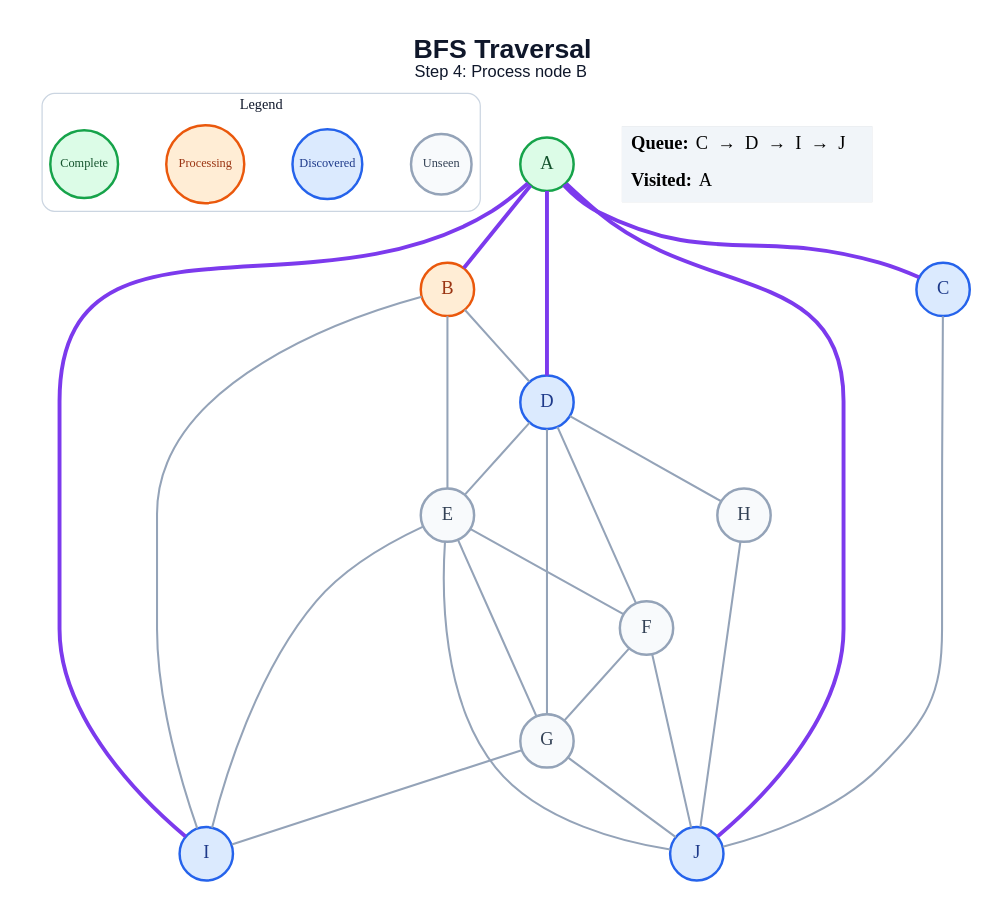
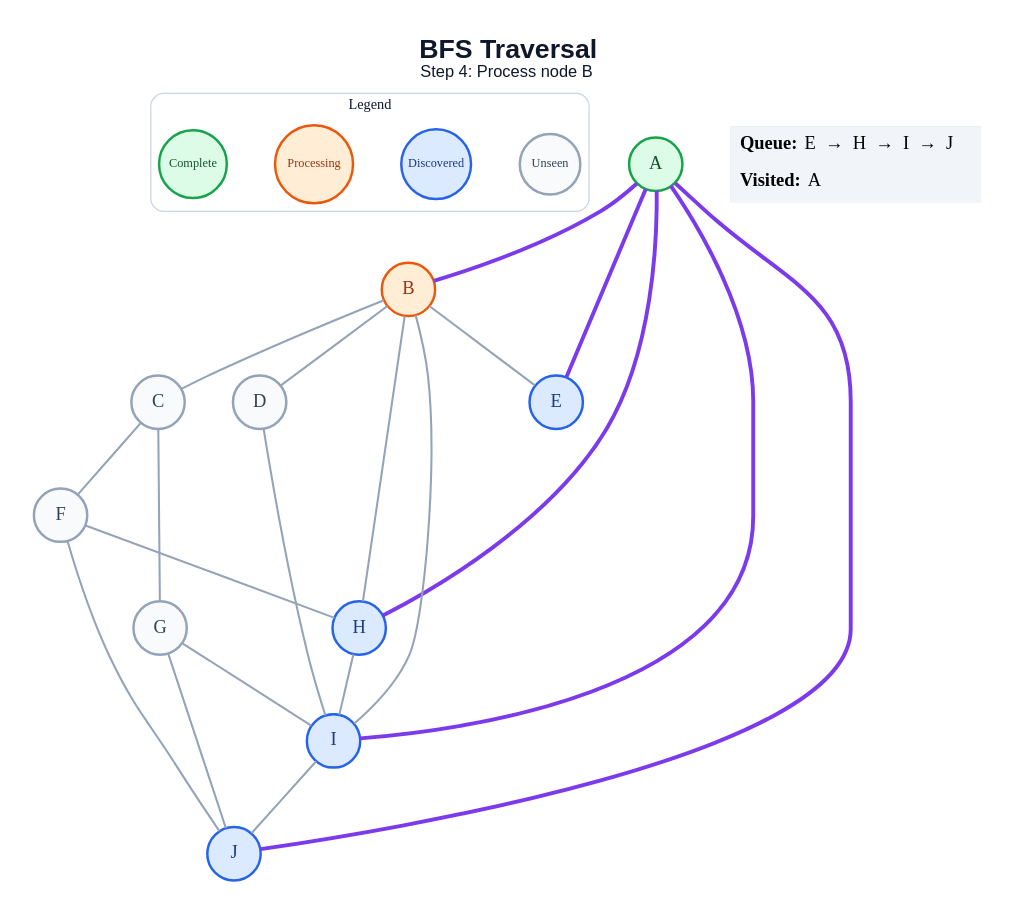
Before and after one commit to amanghodawala9/ai-slop: the diagram in generated/bfs/step_04.dot, drawn with Graphviz. The commit also changed 178 other files, not shown here.

```diff
--- a/generated/bfs/step_04.dot
+++ b/generated/bfs/step_04.dot
@@ -1,51 +1,48 @@
 graph traversal {
   graph [layout=dot, rankdir=TB, bgcolor="#FFFFFF", pad="0.35", nodesep="0.65", ranksep="0.8", fontname="Arial"];
   node [shape=circle, style="filled", fontname="Arial Bold", fontsize=18, width=0.72, fixedsize=true, penwidth=2.4];
   edge [color="#94A3B8", penwidth=2.0];
   label=<<B>BFS Traversal</B><BR/><FONT POINT-SIZE="16">Step 4: Process node B</FONT>>; labelloc="t"; fontsize=26; fontname="Arial"; fontcolor="#0F172A";
   subgraph cluster_legend { label="Legend"; color="#CBD5E1"; penwidth=1.2; style="rounded"; fontsize=14; fontname="Arial Bold";
     key_unseen [label="Unseen", fillcolor="#F8FAFC", color="#94A3B8", fontcolor="#334155", fontsize=12, width=0.82];
     key_frontier [label="Discovered", fillcolor="#DBEAFE", color="#2563EB", fontcolor="#1E3A8A", fontsize=12, width=0.95];
     key_current [label="Processing", fillcolor="#FFEDD5", color="#EA580C", fontcolor="#9A3412", fontsize=12, width=1.05];
     key_done [label="Complete", fillcolor="#DCFCE7", color="#16A34A", fontcolor="#14532D", fontsize=12, width=0.92];
     { rank=same; key_unseen; key_frontier; key_current; key_done; }
   }
   A [fillcolor="#DCFCE7", color="#16A34A", fontcolor="#14532D"];
   B [fillcolor="#FFEDD5", color="#EA580C", fontcolor="#9A3412"];
-  C [fillcolor="#DBEAFE", color="#2563EB", fontcolor="#1E3A8A"];
-  D [fillcolor="#DBEAFE", color="#2563EB", fontcolor="#1E3A8A"];
-  E [fillcolor="#F8FAFC", color="#94A3B8", fontcolor="#334155"];
+  C [fillcolor="#F8FAFC", color="#94A3B8", fontcolor="#334155"];
+  D [fillcolor="#F8FAFC", color="#94A3B8", fontcolor="#334155"];
+  E [fillcolor="#DBEAFE", color="#2563EB", fontcolor="#1E3A8A"];
   F [fillcolor="#F8FAFC", color="#94A3B8", fontcolor="#334155"];
   G [fillcolor="#F8FAFC", color="#94A3B8", fontcolor="#334155"];
-  H [fillcolor="#F8FAFC", color="#94A3B8", fontcolor="#334155"];
+  H [fillcolor="#DBEAFE", color="#2563EB", fontcolor="#1E3A8A"];
   I [fillcolor="#DBEAFE", color="#2563EB", fontcolor="#1E3A8A"];
   J [fillcolor="#DBEAFE", color="#2563EB", fontcolor="#1E3A8A"];
   A -- B [color="#7C3AED", penwidth=3.8];
-  A -- C [color="#7C3AED", penwidth=3.8];
-  A -- D [color="#7C3AED", penwidth=3.8];
+  A -- E [color="#7C3AED", penwidth=3.8];
+  A -- H [color="#7C3AED", penwidth=3.8];
   A -- I [color="#7C3AED", penwidth=3.8];
   A -- J [color="#7C3AED", penwidth=3.8];
+  B -- C;
   B -- D;
   B -- E;
+  B -- H;
   B -- I;
-  C -- J;
-  D -- E;
-  D -- F;
-  D -- G;
-  D -- H;
-  E -- F;
-  E -- G;
-  E -- I;
-  E -- J;
-  F -- G;
+  C -- F;
+  C -- G;
+  D -- I;
+  F -- H;
   F -- J;
   G -- I;
   G -- J;
-  H -- J;
+  H -- I;
+  I -- J;
   status [shape=plain, fixedsize=false, width=0, height=0, margin=0, label=<
     <TABLE BORDER="0" CELLBORDER="0" CELLPADDING="7" BGCOLOR="#F1F5F9">
-      <TR><TD ALIGN="LEFT"><B>Queue:</B> C  →  D  →  I  →  J</TD></TR>
+      <TR><TD ALIGN="LEFT"><B>Queue:</B> E  →  H  →  I  →  J</TD></TR>
       <TR><TD ALIGN="LEFT"><B>Visited:</B> A</TD></TR>
     </TABLE>
   >];
 }
```
